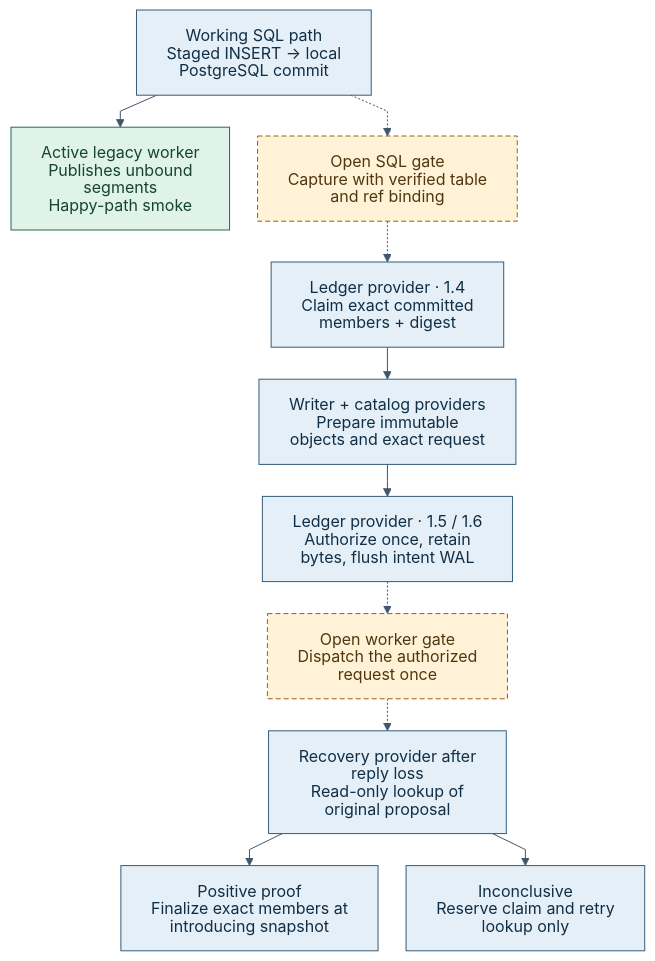
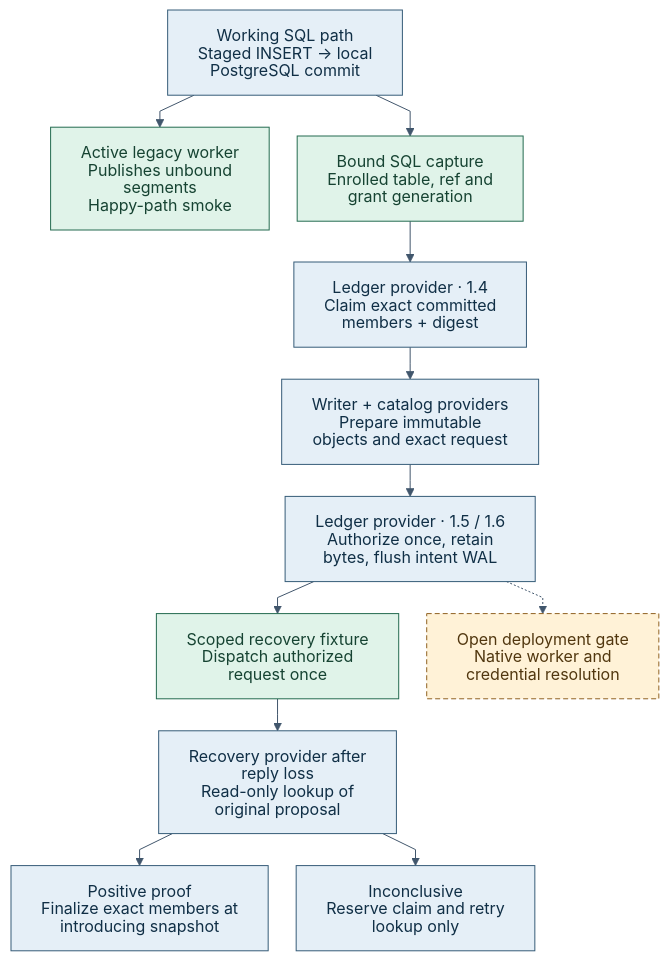
One commit to anvai-labs/pgdatalake changed the diagram in specs/lakehouse/diagrams/managed-publication.mmd. Above: the diagram before and after it, drawn with Mermaid. The commit also changed 8 other files, not shown here.

Commit message:
Exercise scoped stock reads over verified TLS and reconcile release dependencies

```diff
--- a/specs/lakehouse/diagrams/managed-publication.mmd
+++ b/specs/lakehouse/diagrams/managed-publication.mmd
@@ -1,42 +1,44 @@
 ---
 config:
   theme: base
   htmlLabels: false
   deterministicIds: true
   deterministicIDSeed: anvai-product
   themeVariables:
     fontFamily: "DejaVu Sans, sans-serif"
     fontSize: "16px"
     lineColor: "#41566c"
     edgeLabelBackground: "#ffffff"
     primaryTextColor: "#142b41"
   flowchart:
     htmlLabels: false
     nodeSpacing: 28
     rankSpacing: 32
     curve: linear
 ---
 flowchart TB
     accTitle: Managed append from PostgreSQL commit to a proven Iceberg receipt
-    accDescr: Ordinary capture and a legacy worker exist. Verified binding and worker orchestration are open. Independent providers authorize one send per attempt and reconcile an unknown result using a read-only lookup. Insufficient evidence holds the claim.
+    accDescr: Ordinary bound captures feed the scoped fixture. Native worker integration remains open. Independent providers authorize one send per attempt and reconcile an unknown result using a read-only lookup. Insufficient evidence holds the claim.
     local["Working SQL path<br/>Staged INSERT → local PostgreSQL commit"]:::code
     legacy["Active legacy worker<br/>Publishes unbound segments<br/>Happy-path smoke"]:::tested
-    bind["Open SQL gate<br/>Capture with verified table and ref binding"]:::gate
+    bind["Bound SQL capture<br/>Enrolled table, ref and grant generation"]:::tested
     claim["Ledger provider · 1.4<br/>Claim exact committed members + digest"]:::code
     prep["Writer + catalog providers<br/>Prepare immutable objects and exact request"]:::code
     fence["Ledger provider · 1.5 / 1.6<br/>Authorize once, retain bytes, flush intent WAL"]:::code
-    send["Open worker gate<br/>Dispatch the authorized request once"]:::gate
+    send["Scoped recovery fixture<br/>Dispatch authorized request once"]:::tested
+    worker["Open deployment gate<br/>Native worker and credential resolution"]:::gate
     proof["Recovery provider after reply loss<br/>Read-only lookup of original proposal"]:::code
     done["Positive proof<br/>Finalize exact members at introducing snapshot"]:::code
     hold["Inconclusive<br/>Reserve claim and retry lookup only"]:::code
     local --> legacy
-    local -.-> bind
-    bind -.-> claim
+    local --> bind
+    bind --> claim
     claim --> prep --> fence
-    fence -.-> send
-    send -.-> proof
+    fence --> send
+    fence -.-> worker
+    send --> proof
     proof --> done
     proof --> hold
     classDef code fill:#e5eff7,stroke:#365c78,color:#102f46
     classDef tested fill:#e0f3e9,stroke:#246b50,color:#164332
     classDef gate fill:#fff2d7,stroke:#906221,color:#51370f,stroke-dasharray:5 3
```
